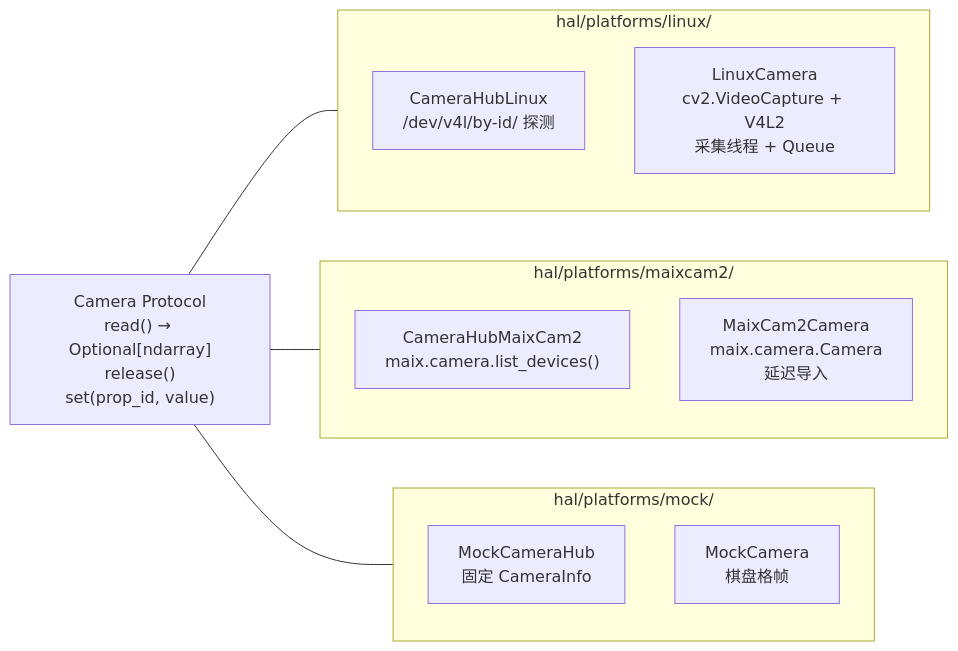
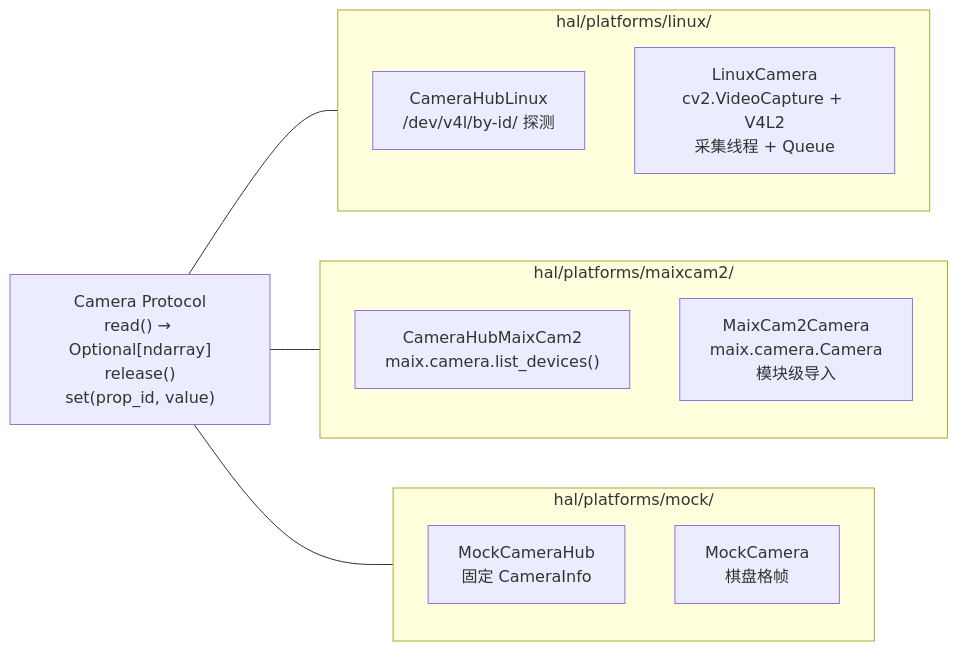
One commit to ju1c3rSH/Zulu-Walker changed the fifth of 7 diagrams in docs/architecture/hal_overview.md. Above: the diagram before and after it, drawn with Mermaid. The commit also changed 5 other files, not shown here.

First line of the commit message:
feat(hal/maixcam2): 实现 MaixCAM2 平台 camera/display/uart 三个 HAL 模块

````diff
--- a/docs/architecture/hal_overview.md
+++ b/docs/architecture/hal_overview.md
@@ -142,19 +142,19 @@
 ```mermaid
 flowchart LR
     subgraph Linux["hal/platforms/linux/"]
         L1["CameraHubLinux<br/>/dev/v4l/by-id/ 探测"]
         L2["LinuxCamera<br/>cv2.VideoCapture + V4L2<br/>采集线程 + Queue"]
     end
     subgraph MaixCam2["hal/platforms/maixcam2/"]
         M1["CameraHubMaixCam2<br/>maix.camera.list_devices()"]
-        M2["MaixCam2Camera<br/>maix.camera.Camera<br/>延迟导入"]
+        M2["MaixCam2Camera<br/>maix.camera.Camera<br/>模块级导入"]
     end
     subgraph Mock["hal/platforms/mock/"]
         K1["MockCameraHub<br/>固定 CameraInfo"]
         K2["MockCamera<br/>棋盘格帧"]
     end
 
     CameraAPI["Camera Protocol<br/>read() → Optional[ndarray]<br/>release()<br/>set(prop_id, value)"] --- Linux
     CameraAPI --- MaixCam2
     CameraAPI --- Mock
 ```
````
